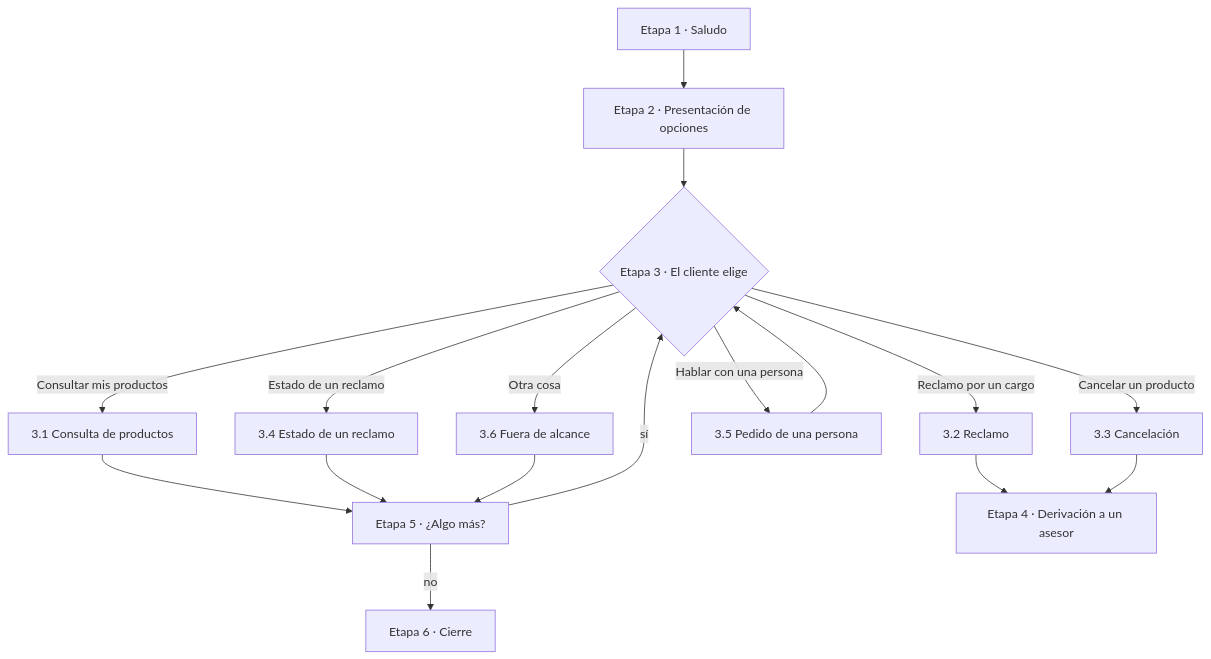
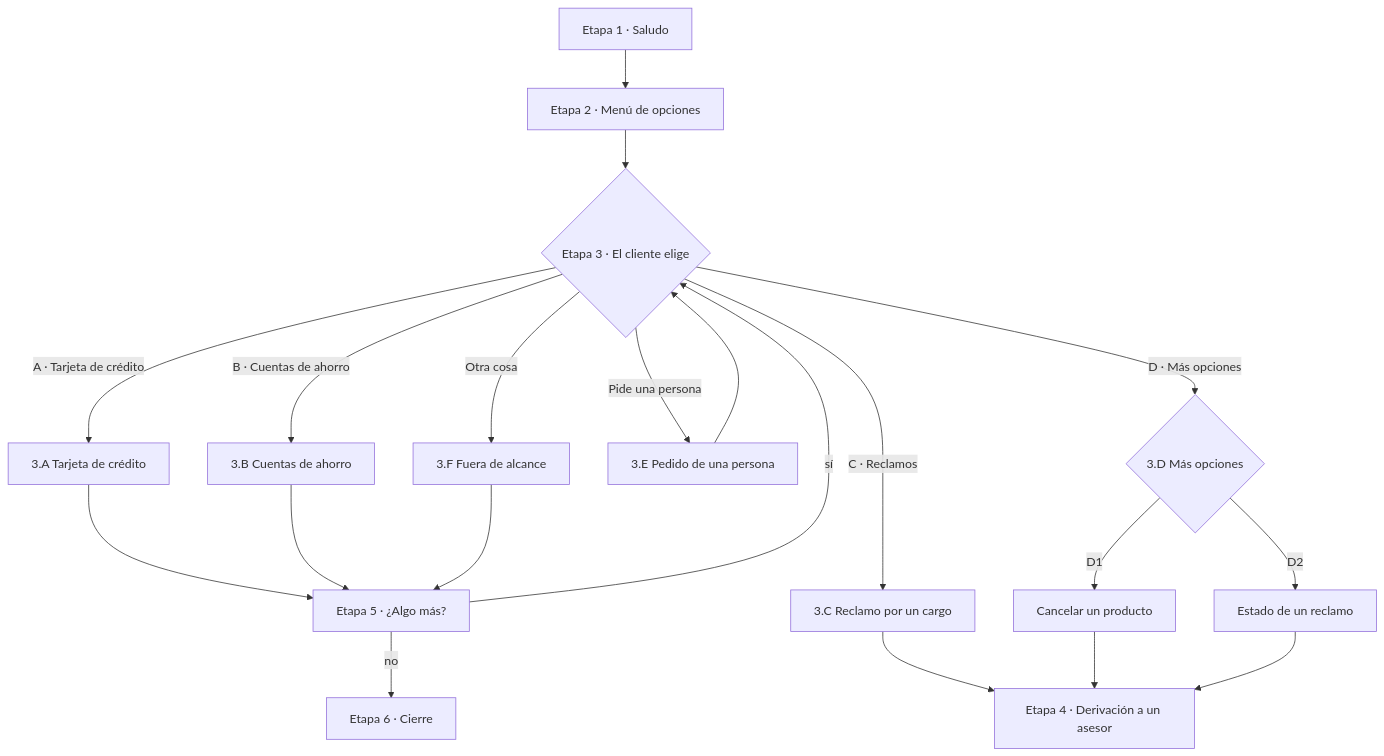
One commit to pqbas/factored-hackathon-2026-zenit changed the first of 2 diagrams in docs/flujo-atencion.md. Above: the diagram before and after it, drawn with Mermaid. The commit also changed other lines of this file, not shown here.

````diff
--- a/docs/flujo-atencion.md
+++ b/docs/flujo-atencion.md
@@ -22,19 +24,22 @@
 ```mermaid
 flowchart TD
-    S["Etapa 1 · Saludo"] --> P["Etapa 2 · Presentación de opciones"]
+    S["Etapa 1 · Saludo"] --> P["Etapa 2 · Menú de opciones"]
     P --> A{"Etapa 3 · El cliente elige"}
-    A -->|Consultar mis productos| C["3.1 Consulta de productos"]
-    A -->|Reclamo por un cargo| R["3.2 Reclamo"]
-    A -->|Cancelar un producto| X["3.3 Cancelación"]
-    A -->|Estado de un reclamo| E["3.4 Estado de un reclamo"]
-    A -->|Hablar con una persona| H["3.5 Pedido de una persona"]
-    A -->|Otra cosa| O["3.6 Fuera de alcance"]
-    C --> M["Etapa 5 · ¿Algo más?"]
-    E --> M
+    A -->|A · Tarjeta de crédito| TC["3.A Tarjeta de crédito"]
+    A -->|B · Cuentas de ahorro| CA["3.B Cuentas de ahorro"]
+    A -->|C · Reclamos| R["3.C Reclamo por un cargo"]
+    A -->|D · Más opciones| D{"3.D Más opciones"}
+    D -->|D1| X["Cancelar un producto"]
+    D -->|D2| E["Estado de un reclamo"]
+    A -->|Pide una persona| H["3.E Pedido de una persona"]
+    A -->|Otra cosa| O["3.F Fuera de alcance"]
+    TC --> M["Etapa 5 · ¿Algo más?"]
+    CA --> M
     O --> M
     H --> A
-    R --> D["Etapa 4 · Derivación a un asesor"]
-    X --> D
+    R --> DV["Etapa 4 · Derivación a un asesor"]
+    X --> DV
+    E --> DV
     M -->|sí| A
     M -->|no| F["Etapa 6 · Cierre"]
 ```
````
